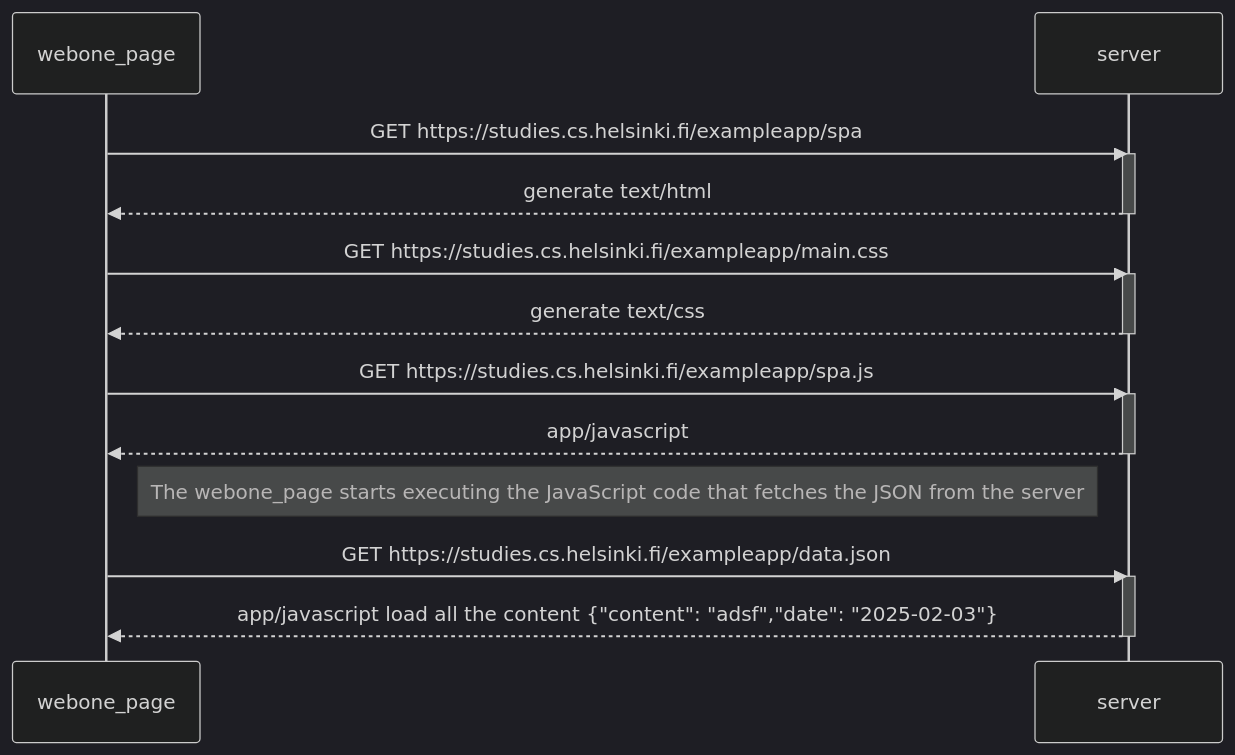
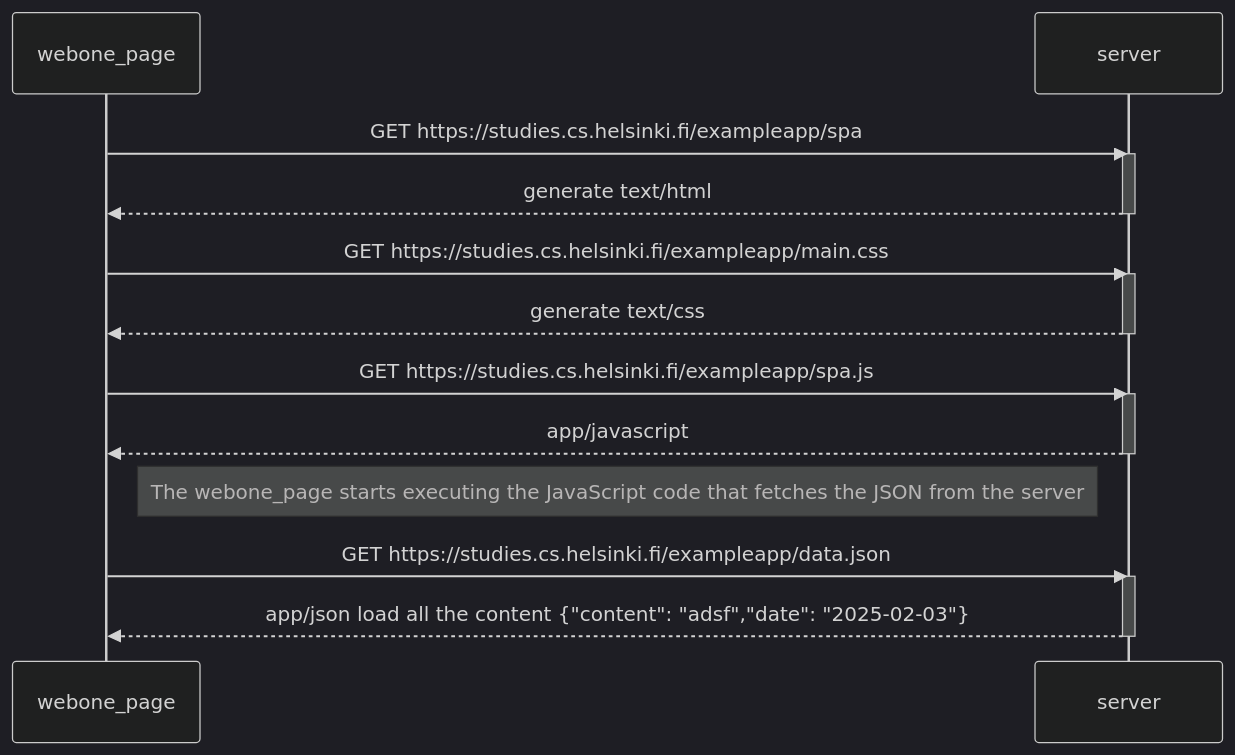
The diagram in Part0/0.5[diagram_example_onepage].md (sularhen/FullStackOpen), drawn with Mermaid (dark theme) before and after one commit.

````diff
--- a/Part0/0.5[diagram_example_onepage].md
+++ b/Part0/0.5[diagram_example_onepage].md
@@ -1,31 +1,31 @@
 ```mermaid
 
 sequenceDiagram
 participant webone_page
 participant server
 
   webone_page->>server: GET https://studies.cs.helsinki.fi/exampleapp/spa
   activate server
   server-->>webone_page: generate text/html
   deactivate server
 
   webone_page->>server: GET https://studies.cs.helsinki.fi/exampleapp/main.css
   activate server
   server-->>webone_page: generate text/css
   deactivate server
 
   webone_page->>server: GET https://studies.cs.helsinki.fi/exampleapp/spa.js
   activate server
   server-->>webone_page: app/javascript
   deactivate server
 
   Note right of webone_page: The webone_page starts executing the JavaScript code that fetches the JSON from the server
 
   webone_page->>server: GET https://studies.cs.helsinki.fi/exampleapp/data.json
   activate server
-  server-->>webone_page: app/javascript load all the content {"content": "adsf","date": "2025-02-03"}
+  server-->>webone_page: app/json load all the content {"content": "adsf","date": "2025-02-03"}
 
   deactivate server
-
+ 
 
 ```
````
